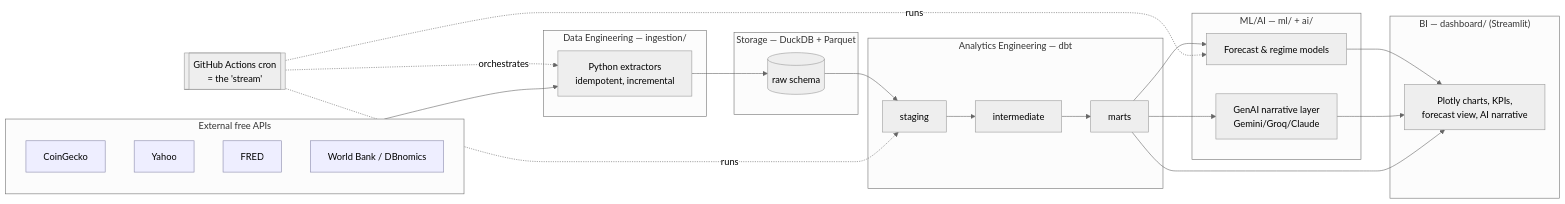
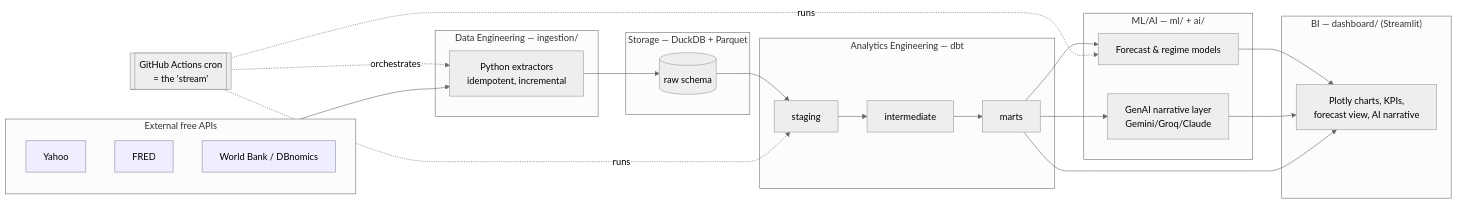
The diagram in PLAN.md (mathsisbest/macro-scope), drawn with Mermaid (neutral theme) before and after one commit. The commit also changed other lines of this file and 4 other files, not shown here.

````diff
--- a/PLAN.md
+++ b/PLAN.md
@@ -107,41 +105,40 @@
 ```mermaid
 flowchart LR
     subgraph Sources["External free APIs"]
-        A1[CoinGecko]:::src
         A2[Yahoo]:::src
         A3[FRED]:::src
         A4[World Bank / DBnomics]:::src
     end
 
     subgraph Ingest["Data Engineering — ingestion/"]
         B[Python extractors\nidempotent, incremental]
     end
 
     subgraph Store["Storage — DuckDB + Parquet"]
         C[(raw schema)]
     end
 
     subgraph Transform["Analytics Engineering — dbt"]
         D[staging] --> E[intermediate] --> F[marts]
     end
 
     subgraph Intelligence["ML/AI — ml/ + ai/"]
         G[Forecast & regime models]
         H[GenAI narrative layer\nGemini/Groq/Claude]
     end
 
     subgraph Serve["BI — dashboard/ (Streamlit)"]
         I[Plotly charts, KPIs,\nforecast view, AI narrative]
     end
 
     Sources --> B --> C --> D
     F --> G --> I
     F --> H --> I
     F --> I
 
     GHA[[GitHub Actions cron\n= the 'stream']] -.orchestrates.-> B
     GHA -.runs.-> D
     GHA -.runs.-> G
 
     classDef src fill:#eef,stroke:#88a;
 ```
````
